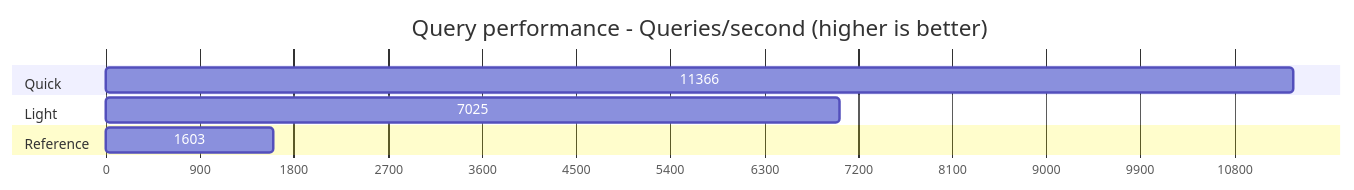
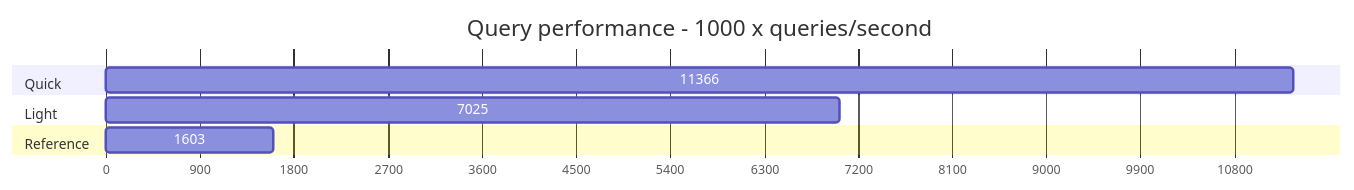
The first of 3 diagrams in README.md (jamarino/IntervalTree), drawn with Mermaid before and after one commit.

Commit message:
Fixed units in query performance graph

````diff
--- a/README.md
+++ b/README.md
@@ -30,13 +30,13 @@
 ```mermaid
 gantt
-    title Query performance - Queries/second (higher is better)
+    title Query performance - 1000 x queries/second
     dateFormat X
     axisFormat %s
 
     section Quick
     11366 : 0, 11366
     section Light
     7025 : 0, 7025
     section Reference
     1603  : 0, 1603
 ```
````
